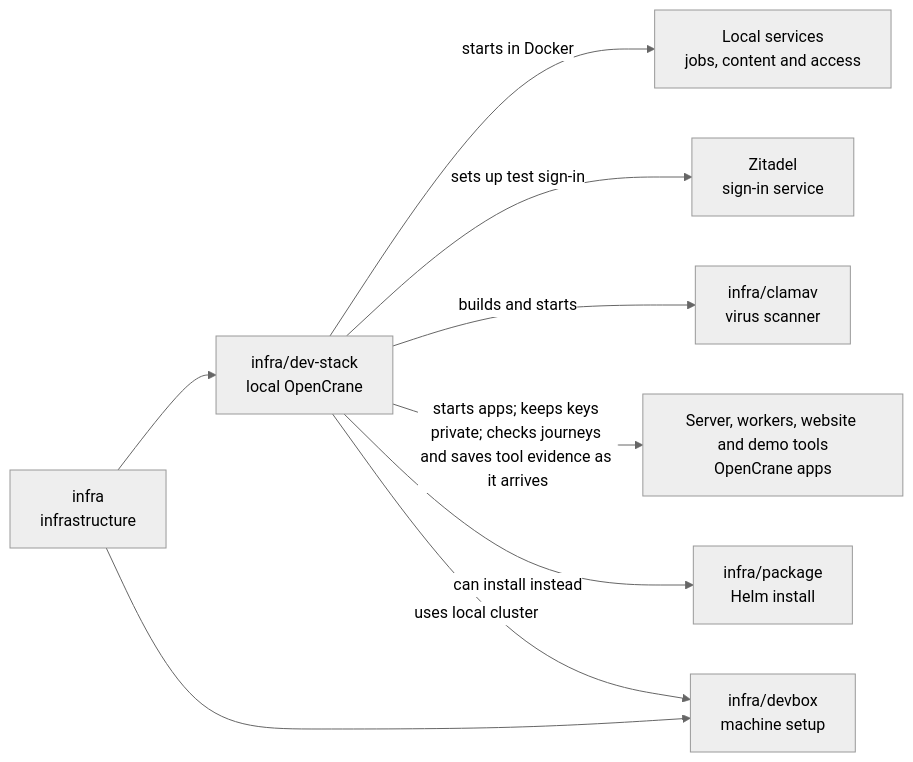
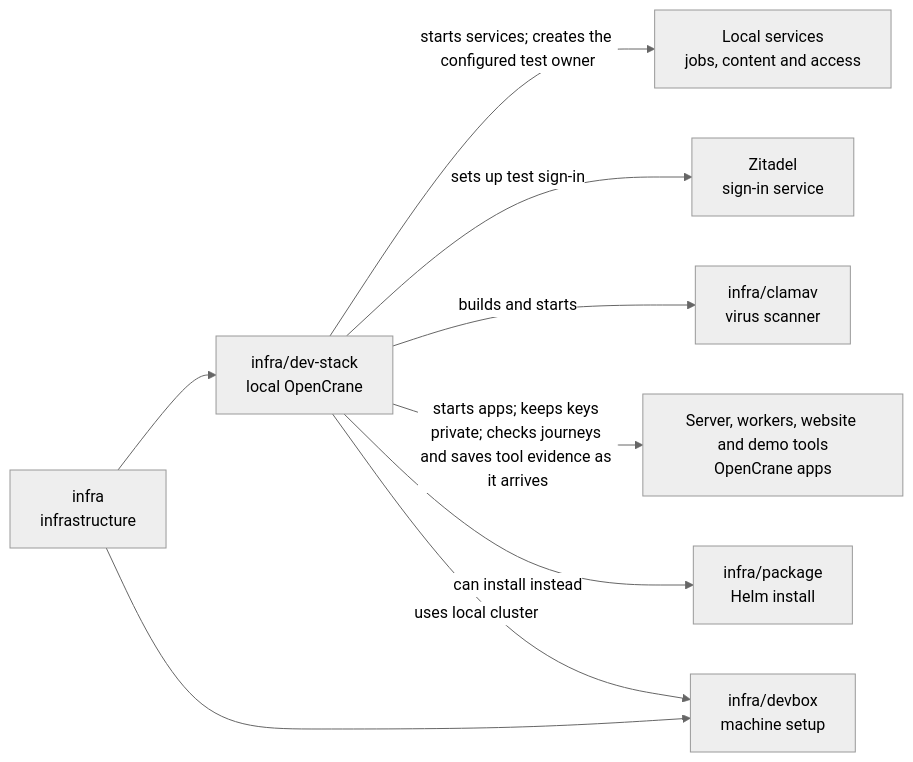
The diagram in infra/dev-stack/README.md (elewa-git/opencrane-new), drawn with Mermaid (neutral theme) before and after one commit. The commit also changed other lines of this file and 56 other files, not shown here.

````diff
--- a/infra/dev-stack/README.md
+++ b/infra/dev-stack/README.md
@@ -16,11 +16,11 @@
 ```mermaid
 flowchart LR
   infra["infra<br/>infrastructure"] --> stack["infra/dev-stack<br/>local OpenCrane"]
   infra --> devbox["infra/devbox<br/>machine setup"]
-  stack -->|starts in Docker| services["Local services<br/>jobs, content and access"]
+  stack -->|starts services; creates the configured test owner| services["Local services<br/>jobs, content and access"]
   stack -->|sets up test sign-in| zitadel["Zitadel<br/>sign-in service"]
   stack -->|builds and starts| clamav["infra/clamav<br/>virus scanner"]
   stack -->|starts apps; keeps keys private; checks journeys and saves tool evidence as it arrives| apps["Server, workers, website and demo tools<br/>OpenCrane apps"]
   stack -->|can install instead| package["infra/package<br/>Helm install"]
   stack -->|uses local cluster| devbox
 ```
````
